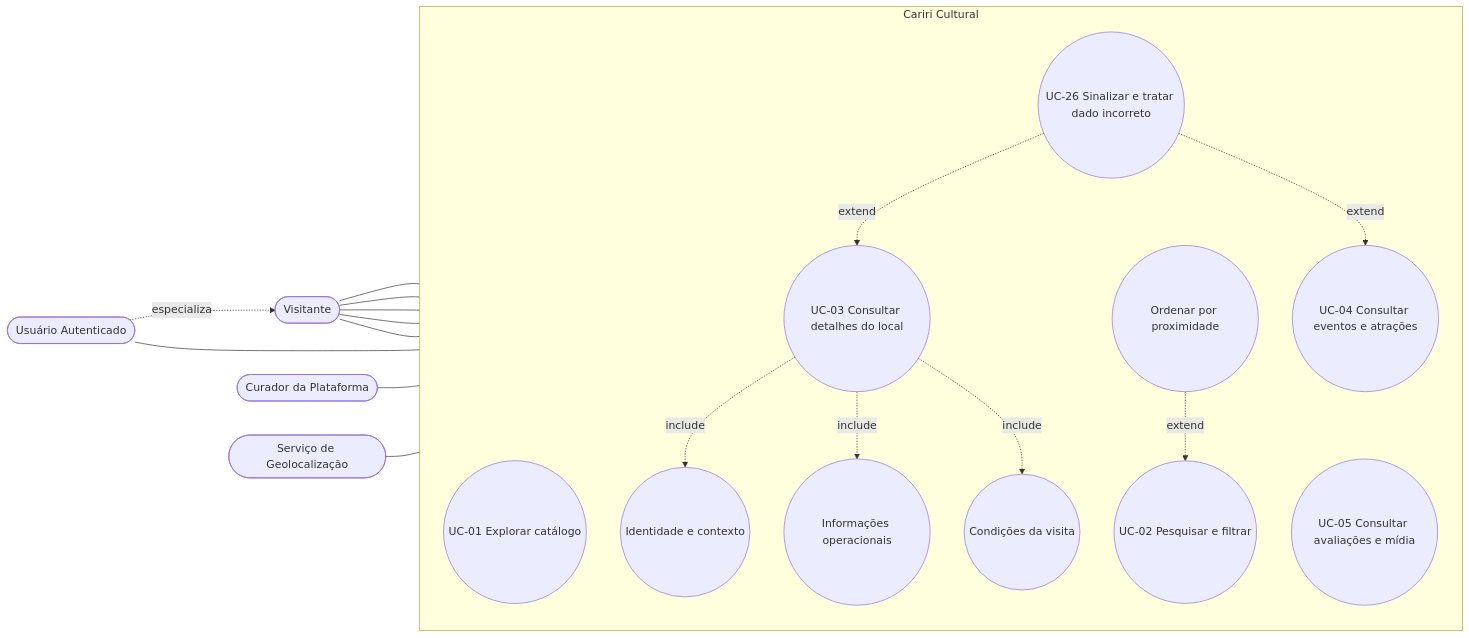
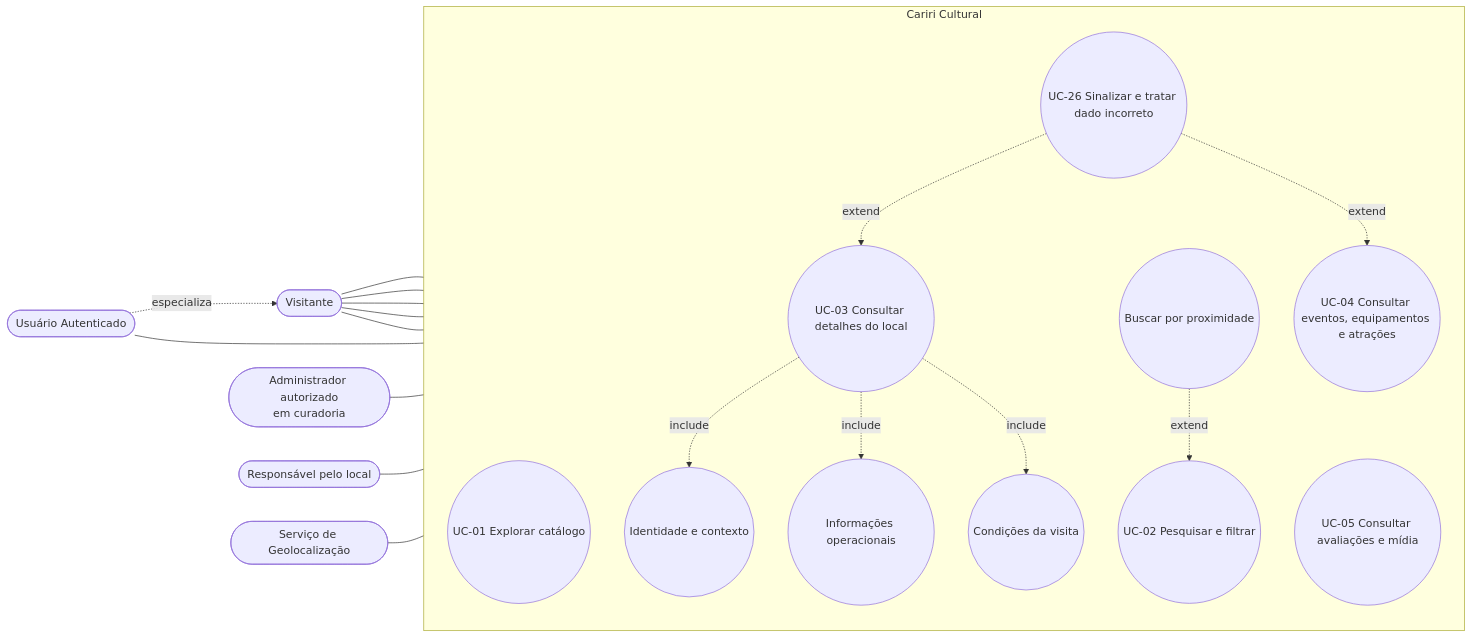
The second of 5 diagrams in home/user-cases/use-cases-diagram.md (alan-mendes-ufca/CaririCultural), drawn with Mermaid before and after one commit. The commit also changed other lines of this file and 6 other files, not shown here.

````diff
--- a/home/user-cases/use-cases-diagram.md
+++ b/home/user-cases/use-cases-diagram.md
@@ -57,44 +59,46 @@
 ```mermaid
 flowchart LR
     %% Atores
     V([Visitante])
     U([Usuário Autenticado])
-    CUR([Curador da Plataforma])
+    ADM([Administrador autorizado<br/>em curadoria])
+    RESP([Responsável pelo local])
     GEO([Serviço de Geolocalização])
 
     %% Fronteira
     subgraph CC [Cariri Cultural]
         direction TB
         UC01((UC-01 Explorar catálogo))
         UC02((UC-02 Pesquisar e filtrar))
         UC03((UC-03 Consultar detalhes do local))
-        UC04((UC-04 Consultar eventos e atrações))
+        UC04((UC-04 Consultar eventos, equipamentos e atrações))
         UC05((UC-05 Consultar avaliações e mídia))
         UC26((UC-26 Sinalizar e tratar dado incorreto))
 
         %% Includes do UC-03
         UC03A((Identidade e contexto))
         UC03B((Informações operacionais))
         UC03C((Condições da visita))
 
         %% Extends
-        PROX((Ordenar por proximidade))
+        PROX((Buscar por proximidade))
     end
 
     %% Relações Ator -> Caso de Uso
     V --- UC01 & UC02 & UC03 & UC04 & UC05
     U --- UC26
-    CUR --- UC26
+    ADM --- UC26
+    RESP --- UC26
     U -.->|especializa| V
 
     %% Relações Include / Extend
     UC03 -.->|include| UC03A
     UC03 -.->|include| UC03B
     UC03 -.->|include| UC03C
 
     PROX -.->|extend| UC02
     GEO --- PROX
 
     UC26 -.->|extend| UC03
     UC26 -.->|extend| UC04
 ```
````
